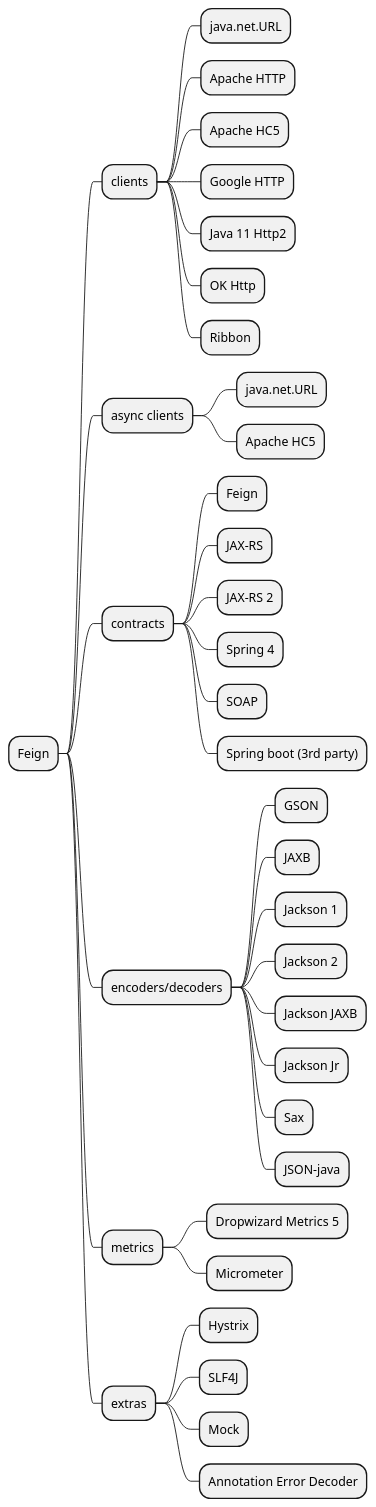
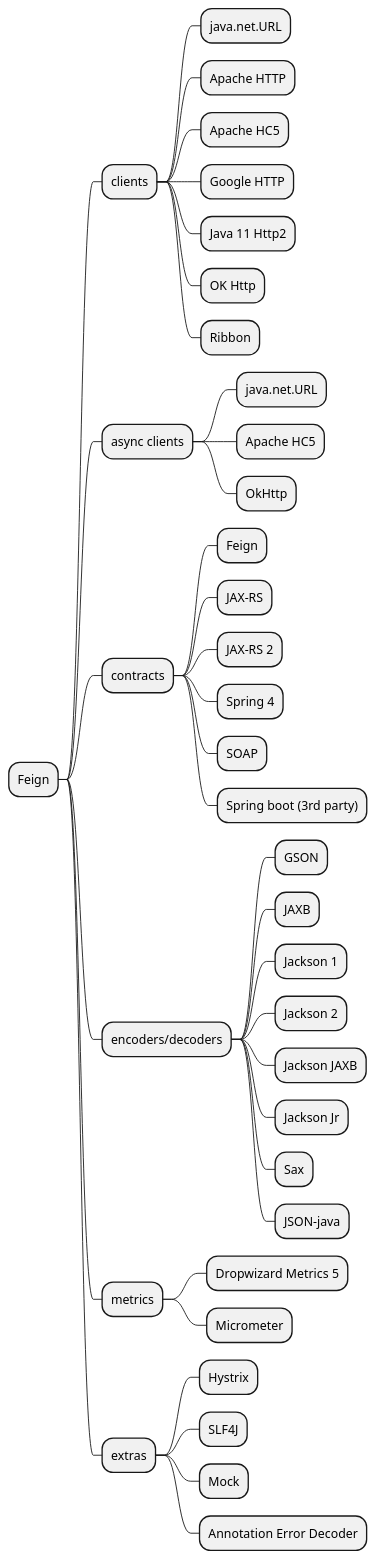
Before and after one commit to OpenFeign/feign: the diagram in src/docs/overview-mindmap.iuml, drawn with PlantUML.

Commit message:
Update mindmap

```diff
--- a/src/docs/overview-mindmap.iuml
+++ b/src/docs/overview-mindmap.iuml
@@ -1,38 +1,39 @@
 @startmindmap
 * Feign
 ** clients
 *** java.net.URL
 *** Apache HTTP
 *** Apache HC5
 *** Google HTTP
 *** Java 11 Http2
 *** OK Http
 *** Ribbon
 ** async clients
 *** java.net.URL
 *** Apache HC5
+*** OkHttp
 ** contracts
 *** Feign
 *** JAX-RS
 *** JAX-RS 2
 *** Spring 4
 *** SOAP
 *** Spring boot (3rd party)
 ** encoders/decoders
 *** GSON
 *** JAXB
 *** Jackson 1
 *** Jackson 2
 *** Jackson JAXB
 *** Jackson Jr
 *** Sax
 *** JSON-java
 ** metrics
 *** Dropwizard Metrics 5
 *** Micrometer
 ** extras
 *** Hystrix
 *** SLF4J
 *** Mock
 *** Annotation Error Decoder
 @endmindmap
```
